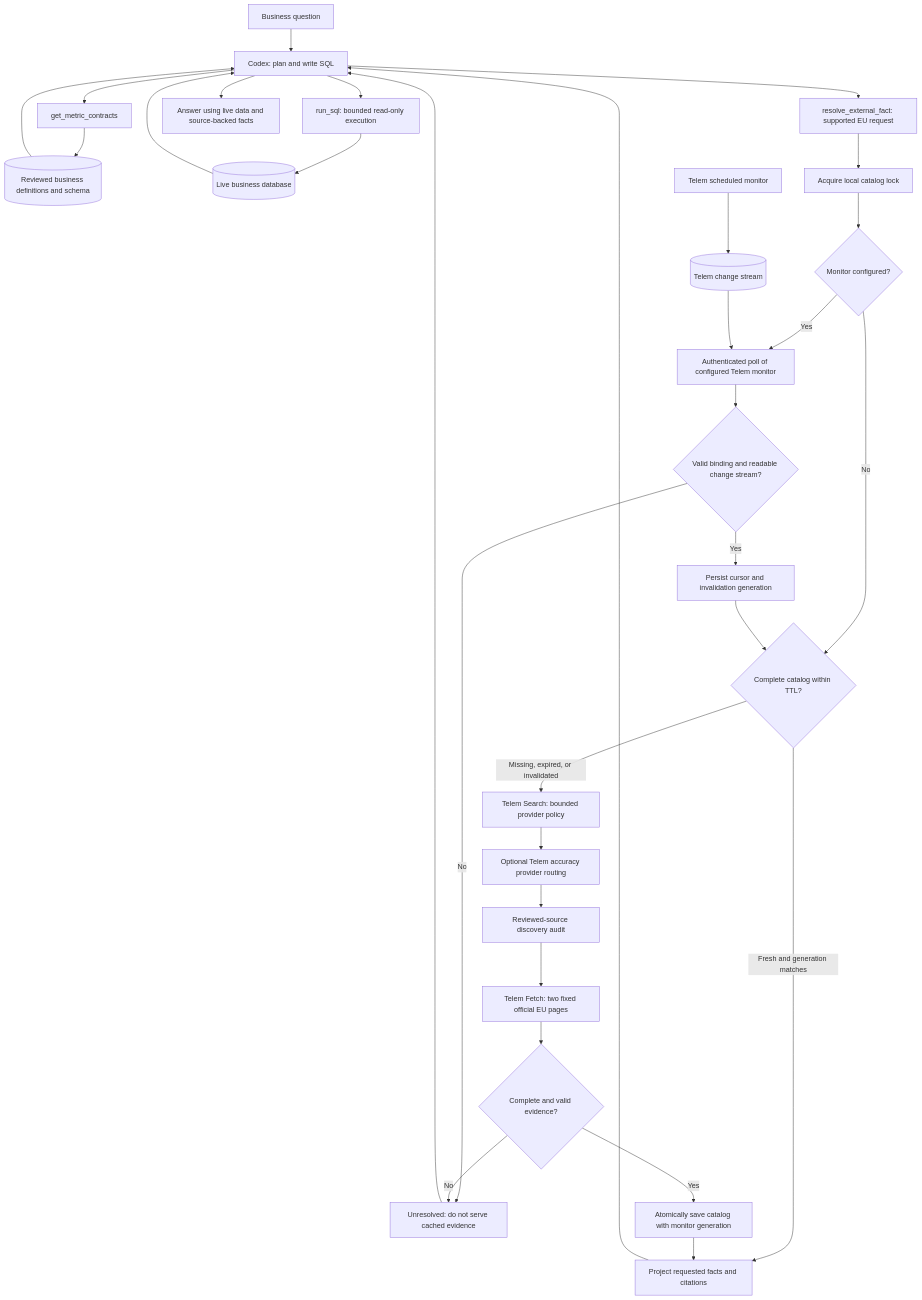
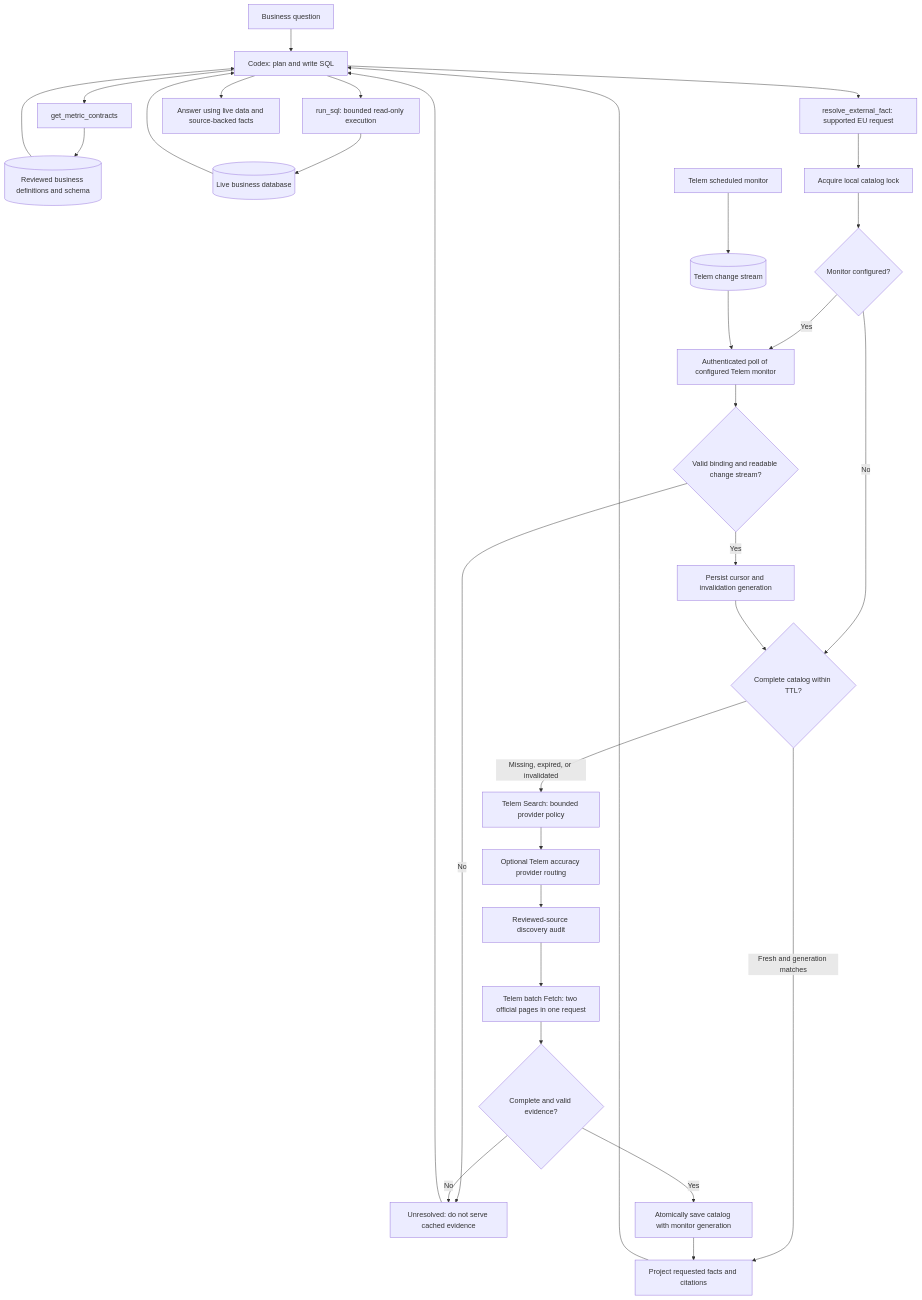
Before and after one commit to nisarg1499/lesser-tokenzz: the first of 2 diagrams in docs/architecture.md, drawn with Mermaid. The commit also changed 12 other files, not shown here.

Commit message:
Batch Telem source fetches with fail-closed per-page validation

````diff
--- a/docs/architecture.md
+++ b/docs/architecture.md
@@ -9,33 +9,33 @@
 ```mermaid
 flowchart TD
     U[Business question] --> A[Codex: plan and write SQL]
     A --> B[get_metric_contracts]
     B --> BC[(Reviewed business definitions and schema)]
     BC --> A
     A --> Q[run_sql: bounded read-only execution]
     Q --> DB[(Live business database)]
     DB --> A
     A --> R[resolve_external_fact: supported EU request]
     R --> L[Acquire local catalog lock]
     L --> M{Monitor configured?}
     M -- No --> C{Complete catalog within TTL?}
     M -- Yes --> P[Authenticated poll of configured Telem monitor]
     P --> V{Valid binding and readable change stream?}
     V -- No --> X[Unresolved: do not serve cached evidence]
     V -- Yes --> G[Persist cursor and invalidation generation]
     G --> C
     C -- Fresh and generation matches --> H[Project requested facts and citations]
     C -- Missing, expired, or invalidated --> S[Telem Search: bounded provider policy]
     S --> RT[Optional Telem accuracy provider routing]
     RT --> D[Reviewed-source discovery audit]
-    D --> F[Telem Fetch: two fixed official EU pages]
+    D --> F[Telem batch Fetch: two official pages in one request]
     F --> E{Complete and valid evidence?}
     E -- No --> X
     E -- Yes --> W[Atomically save catalog with monitor generation]
     W --> H
     H --> A
     X --> A
     A --> O[Answer using live data and source-backed facts]
     TM[Telem scheduled monitor] --> CS[(Telem change stream)]
     CS --> P
 ```
````
